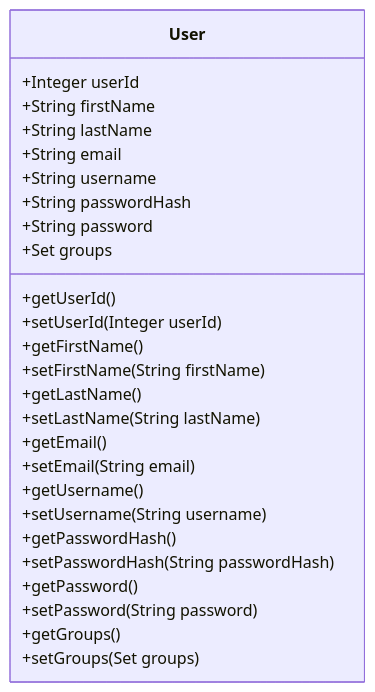
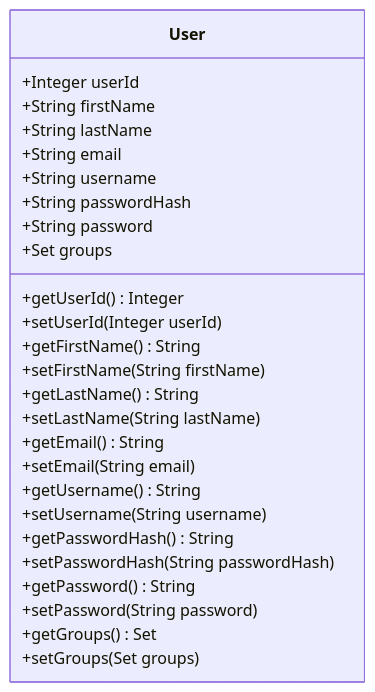
One commit to UniOfGreenwich/elee1149-coursework--team-chlk changed the first of 4 diagrams in class_diagrams/user_classes.md. Above: the diagram before and after it, drawn with Mermaid. The commit also changed other lines of this file, not shown here.

Commit message:
adding user classes diagrams

````diff
--- a/class_diagrams/user_classes.md
+++ b/class_diagrams/user_classes.md
@@ -2,27 +2,29 @@
 ```mermaid
 classDiagram
-User: +Integer userId
-User: +String firstName
-User: +String lastName
-User: +String email
-User: +String username
-User: +String passwordHash
-User: +String password
-User: +Set<Group> groups
-User: +getUserId()
-User: +setUserId(Integer userId)
-User: +getFirstName()
-User: +setFirstName(String firstName)
-User: +getLastName()
-User: +setLastName(String lastName)
-User: +getEmail()
-User: +setEmail(String email)
-User: +getUsername()
-User: +setUsername(String username)
-User: +getPasswordHash()
-User: +setPasswordHash(String passwordHash)
-User: +getPassword()
-User: +setPassword(String password)
-User: +getGroups()
-User: +setGroups(Set<Group> groups)
+class User {
+    +Integer userId
+    +String firstName
+    +String lastName
+    +String email
+    +String username
+    +String passwordHash
+    +String password
+    +Set<Group> groups
+    +getUserId() Integer
+    +setUserId(Integer userId)
+    +getFirstName() String
+    +setFirstName(String firstName)
+    +getLastName() String
+    +setLastName(String lastName)
+    +getEmail() String
+    +setEmail(String email)
+    +getUsername() String
+    +setUsername(String username)
+    +getPasswordHash() String
+    +setPasswordHash(String passwordHash)
+    +getPassword() String
+    +setPassword(String password)
+    +getGroups() Set<Group>
+    +setGroups(Set<Group> groups)
+}
 ```
````
